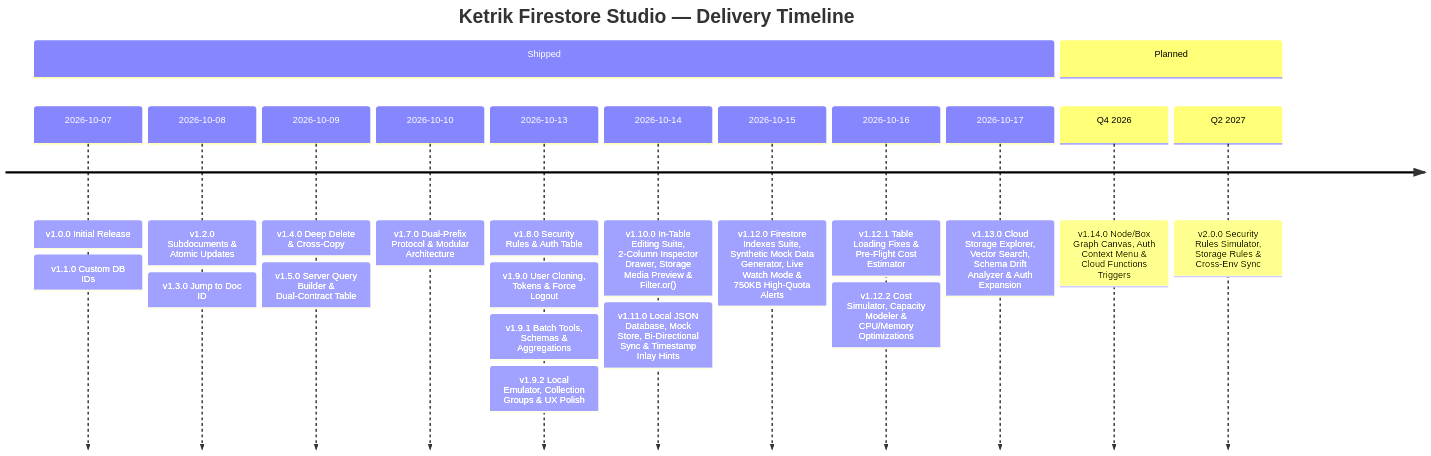
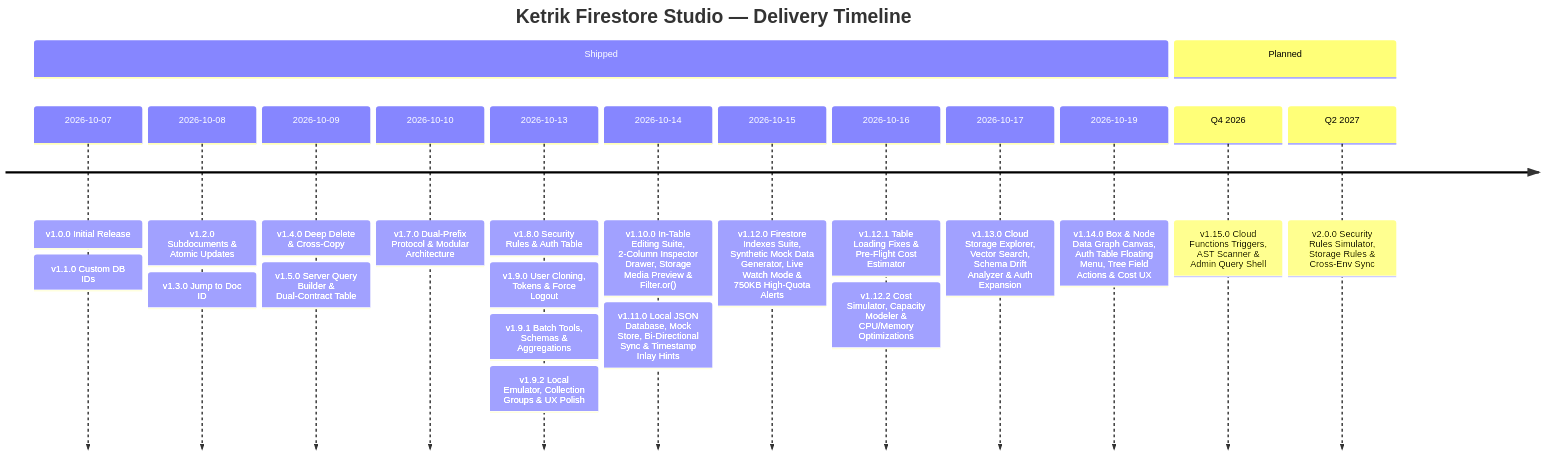
The diagram in ROADMAP.md (ketrik/ketrik-firestore-studio), drawn with Mermaid before and after one commit. The commit also changed other lines of this file and 19 other files, not shown here.

````diff
--- a/ROADMAP.md
+++ b/ROADMAP.md
@@ -5,17 +5,18 @@
 ```mermaid
 timeline
     title Ketrik Firestore Studio — Delivery Timeline
     section Shipped
         2026-10-07 : v1.0.0 Initial Release : v1.1.0 Custom DB IDs
         2026-10-08 : v1.2.0 Subdocuments & Atomic Updates : v1.3.0 Jump to Doc ID
         2026-10-09 : v1.4.0 Deep Delete & Cross-Copy : v1.5.0 Server Query Builder & Dual-Contract Table
         2026-10-10 : v1.7.0 Dual-Prefix Protocol & Modular Architecture
         2026-10-13 : v1.8.0 Security Rules & Auth Table : v1.9.0 User Cloning, Tokens & Force Logout : v1.9.1 Batch Tools, Schemas & Aggregations : v1.9.2 Local Emulator, Collection Groups & UX Polish
         2026-10-14 : v1.10.0 In-Table Editing Suite, 2-Column Inspector Drawer, Storage Media Preview & Filter.or() : v1.11.0 Local JSON Database, Mock Store, Bi-Directional Sync & Timestamp Inlay Hints
         2026-10-15 : v1.12.0 Firestore Indexes Suite, Synthetic Mock Data Generator, Live Watch Mode & 750KB High-Quota Alerts
         2026-10-16 : v1.12.1 Table Loading Fixes & Pre-Flight Cost Estimator : v1.12.2 Cost Simulator, Capacity Modeler & CPU/Memory Optimizations
         2026-10-17 : v1.13.0 Cloud Storage Explorer, Vector Search, Schema Drift Analyzer & Auth Expansion
+        2026-10-19 : v1.14.0 Box & Node Data Graph Canvas, Auth Table Floating Menu, Tree Field Actions & Cost UX
     section Planned
-        Q4 2026 : v1.14.0 Node/Box Graph Canvas, Auth Context Menu & Cloud Functions Triggers
+        Q4 2026 : v1.15.0 Cloud Functions Triggers, AST Scanner & Admin Query Shell
         Q2 2027 : v2.0.0 Security Rules Simulator, Storage Rules & Cross-Env Sync
 ```
````
